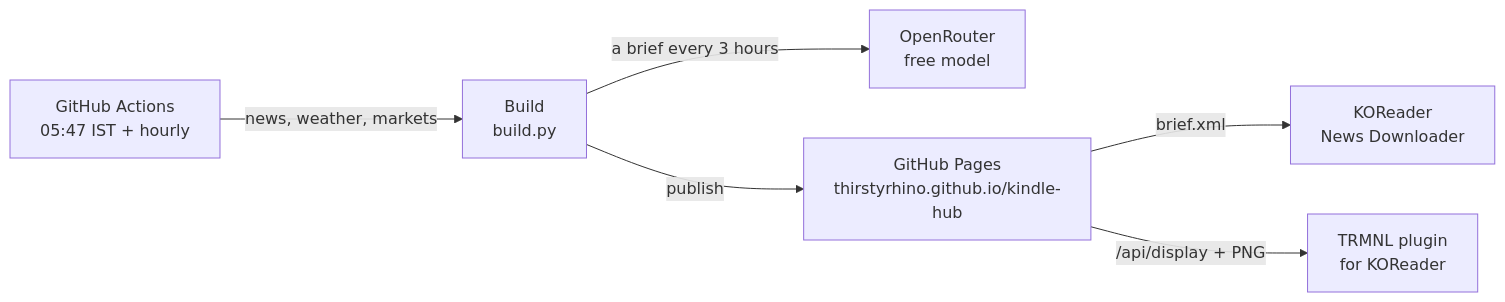
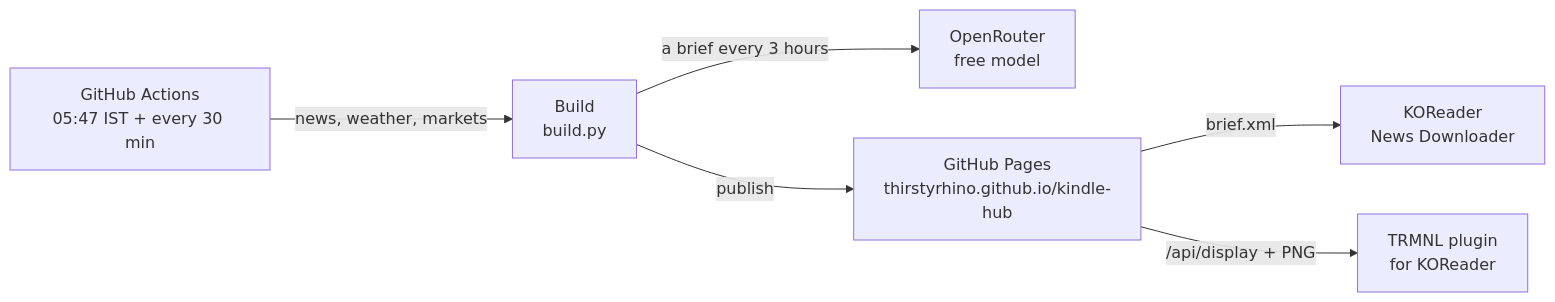
The diagram in README.md (thirstyrhino/kindle-hub), drawn with Mermaid before and after one commit. The commit also changed other lines of this file and 21 other files, not shown here.

First line of the commit message:
Weather redesign with a 24-hour outlook; rebuild every 30 min; Year of the Day x3

````diff
--- a/README.md
+++ b/README.md
@@ -64,8 +64,8 @@
 ```mermaid
 flowchart LR
-    A["GitHub Actions<br/>05:47 IST + hourly"] -->|news, weather, markets| B["Build<br/>build.py"]
+    A["GitHub Actions<br/>05:47 IST + every 30 min"] -->|news, weather, markets| B["Build<br/>build.py"]
     B -->|a brief every 3 hours| C["OpenRouter<br/>free model"]
     B -->|publish| D["GitHub Pages<br/>thirstyrhino.github.io/kindle-hub"]
     D -->|brief.xml| E["KOReader<br/>News Downloader"]
     D -->|/api/display + PNG| F["TRMNL plugin<br/>for KOReader"]
 ```
````
